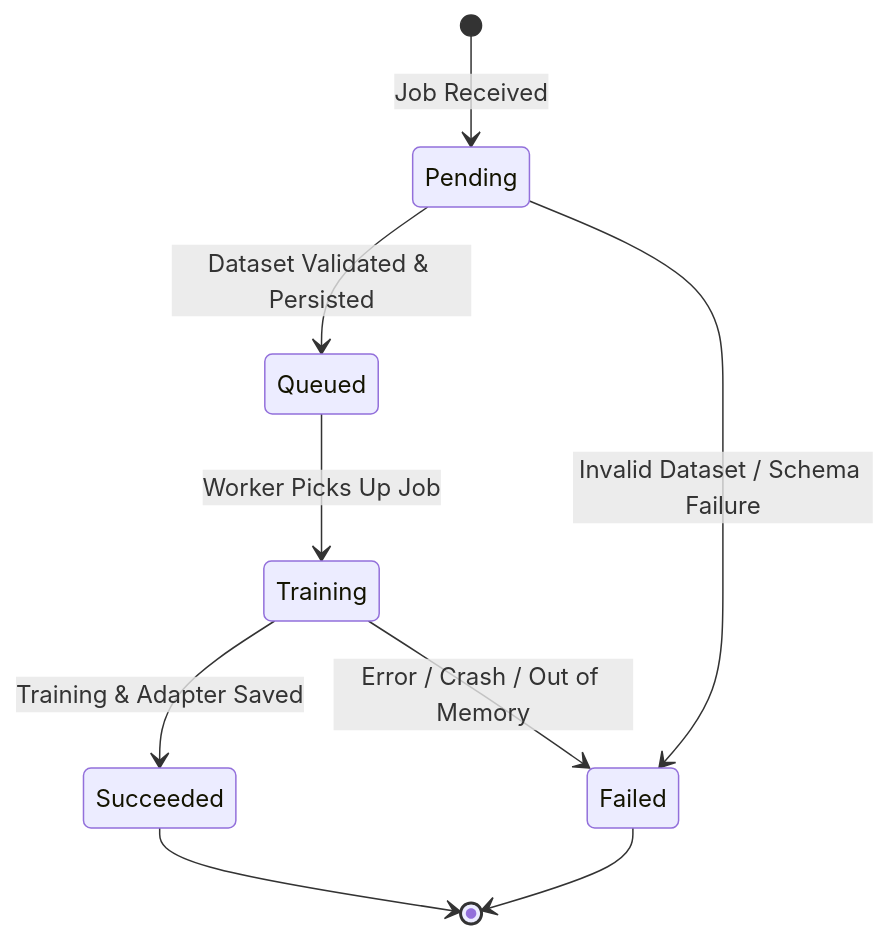
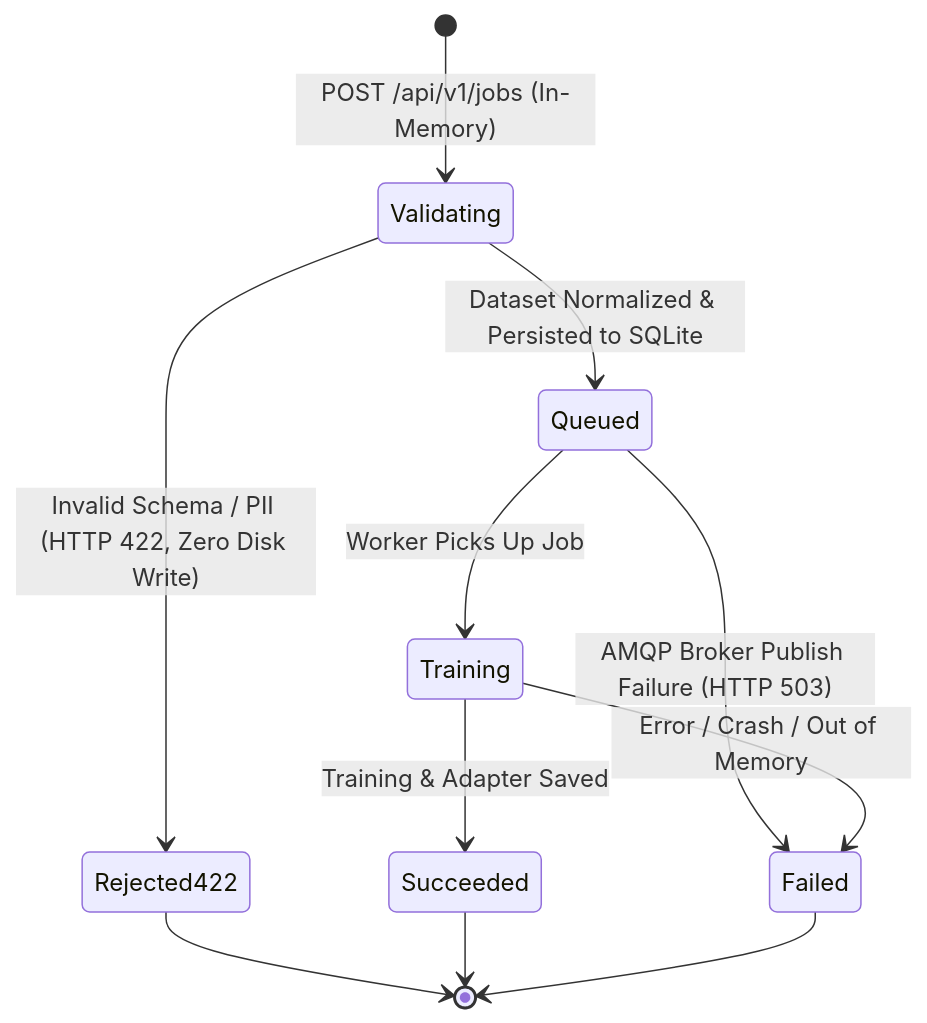
Before and after one commit to knowthankyew/event-driven-ftaas: the second of 2 diagrams in docs/ARCHITECTURE.md, drawn with Mermaid. The commit also changed other lines of this file and 24 other files, not shown here.

````diff
--- a/docs/ARCHITECTURE.md
+++ b/docs/ARCHITECTURE.md
@@ -307,11 +323,13 @@
 ```mermaid
 stateDiagram-v2
-    [*] --> Pending: Job Received
-    Pending --> Queued: Dataset Validated & Persisted
-    Pending --> Failed: Invalid Dataset / Schema Failure
+    [*] --> Validating: POST /api/v1/jobs (In-Memory)
+    Validating --> Rejected422: Invalid Schema / PII (HTTP 422, Zero Disk Write)
+    Validating --> Queued: Dataset Normalized & Persisted to SQLite
+    Queued --> Failed: AMQP Broker Publish Failure (HTTP 503)
     Queued --> Training: Worker Picks Up Job
     Training --> Succeeded: Training & Adapter Saved
     Training --> Failed: Error / Crash / Out of Memory
+    Rejected422 --> [*]
     Succeeded --> [*]
     Failed --> [*]
 ```
````
